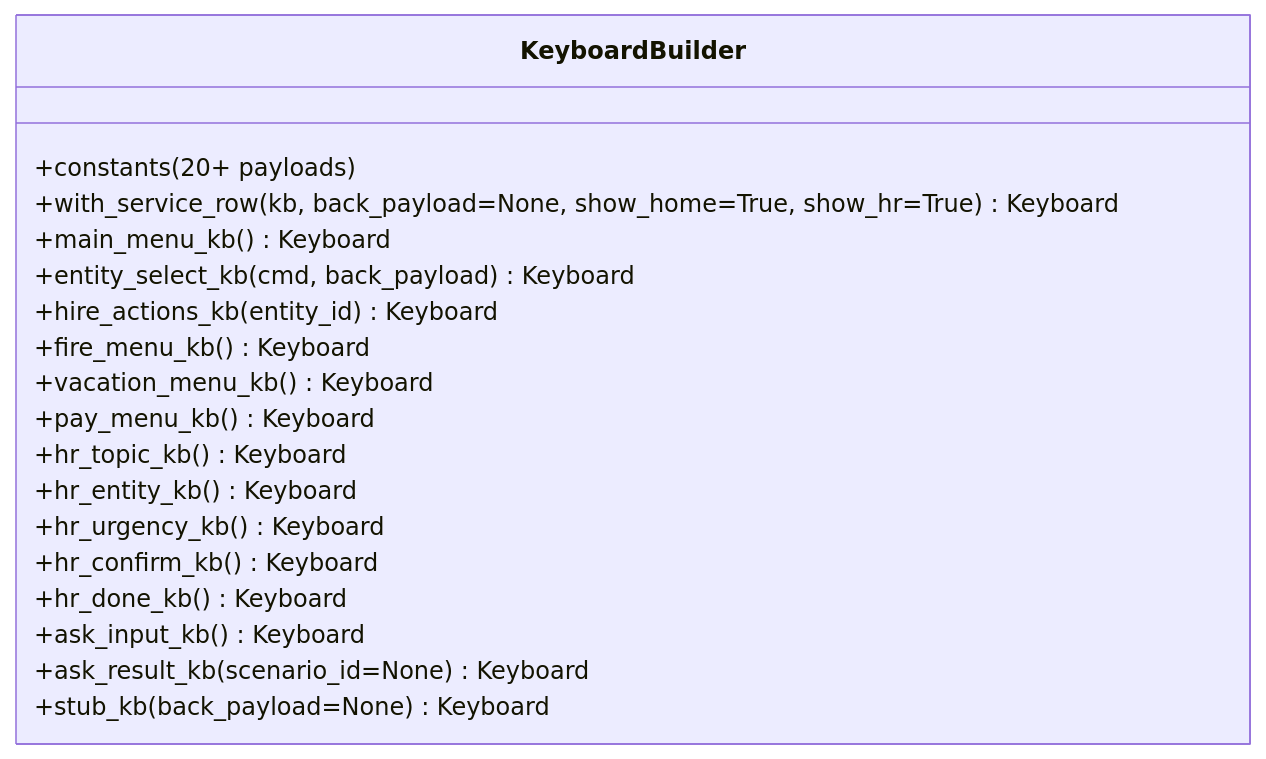
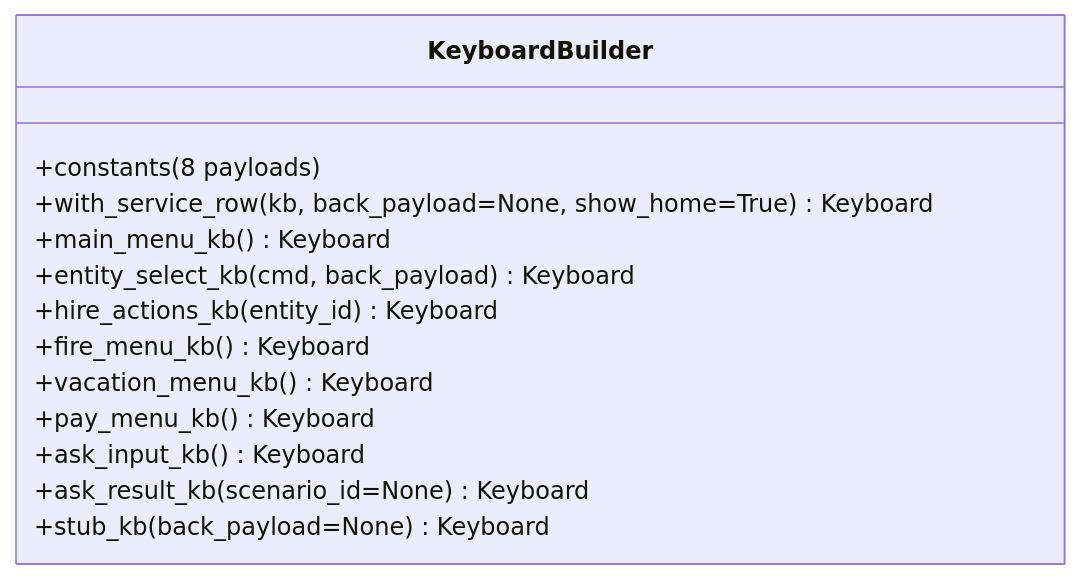
Before and after one commit to ognelis/cafetera_hr_bot: the third of 11 diagrams in .qoder/repowiki/en/content/Keyboard System.md, drawn with Mermaid. The commit also changed other lines of this file and 16 other files, not shown here.

````diff
--- a/.qoder/repowiki/en/content/Keyboard System.md
+++ b/.qoder/repowiki/en/content/Keyboard System.md
@@ -178,21 +162,16 @@
 ```mermaid
 classDiagram
 class KeyboardBuilder {
-+constants (20+ payloads)
-+with_service_row(kb, back_payload=None, show_home=True, show_hr=True) Keyboard
++constants (8 payloads)
++with_service_row(kb, back_payload=None, show_home=True) Keyboard
 +main_menu_kb() Keyboard
 +entity_select_kb(cmd, back_payload) Keyboard
 +hire_actions_kb(entity_id) Keyboard
 +fire_menu_kb() Keyboard
 +vacation_menu_kb() Keyboard
 +pay_menu_kb() Keyboard
-+hr_topic_kb() Keyboard
-+hr_entity_kb() Keyboard
-+hr_urgency_kb() Keyboard
-+hr_confirm_kb() Keyboard
-+hr_done_kb() Keyboard
 +ask_input_kb() Keyboard
 +ask_result_kb(scenario_id=None) Keyboard
 +stub_kb(back_payload=None) Keyboard
 }
 ```
````
